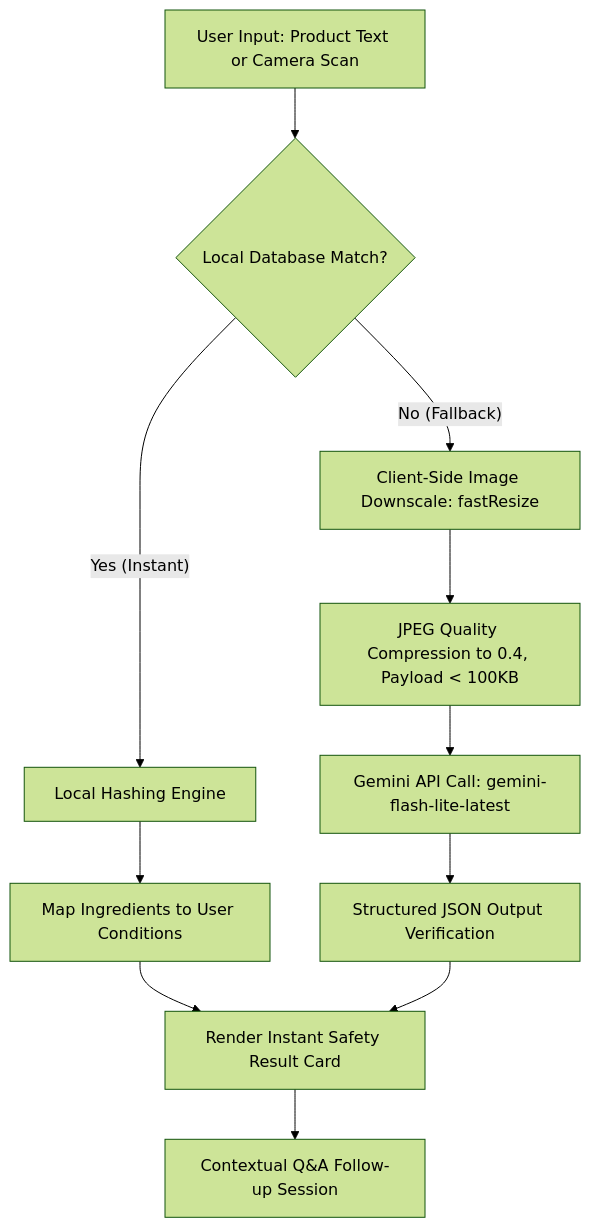
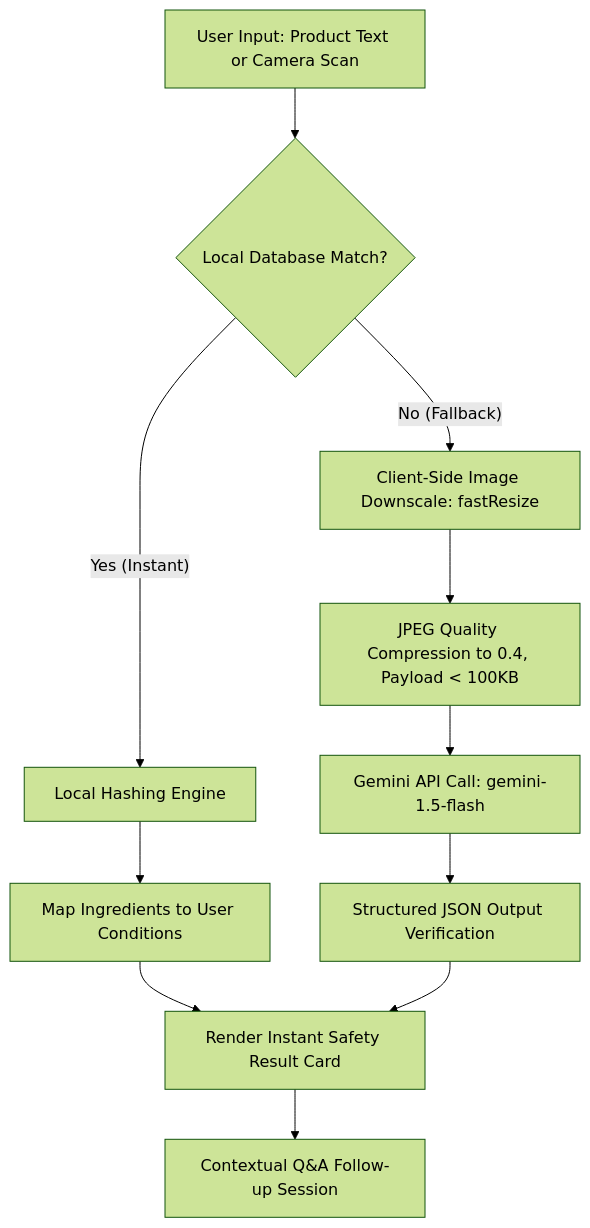
Before and after one commit to angdulu/safe-scan-app: the diagram in README.md, drawn with Mermaid (forest theme). The commit also changed other lines of this file and 1 other file, not shown here.

Commit message:
refactor(safescan): switch from deprecated gemini-flash-lite-latest to stable gemini-1.5-flash

````diff
--- a/README.md
+++ b/README.md
@@ -13,15 +13,15 @@
 ```mermaid
 graph TD
     A[User Input: Product Text or Camera Scan] --> B{Local Database Match?}
     B -- Yes (Instant) --> C[Local Hashing Engine]
     C --> D[Map Ingredients to User Conditions]
     D --> E[Render Instant Safety Result Card]
     
     B -- No (Fallback) --> F[Client-Side Image Downscale: fastResize]
     F --> G[JPEG Quality Compression to 0.4, Payload < 100KB]
-    G --> H[Gemini API Call: gemini-flash-lite-latest]
+    G --> H[Gemini API Call: gemini-1.5-flash]
     H --> I[Structured JSON Output Verification]
     I --> E
     
     E --> J[Contextual Q&A Follow-up Session]
 ```
````
